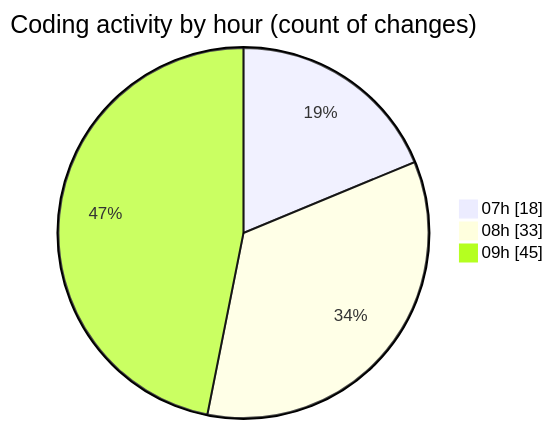
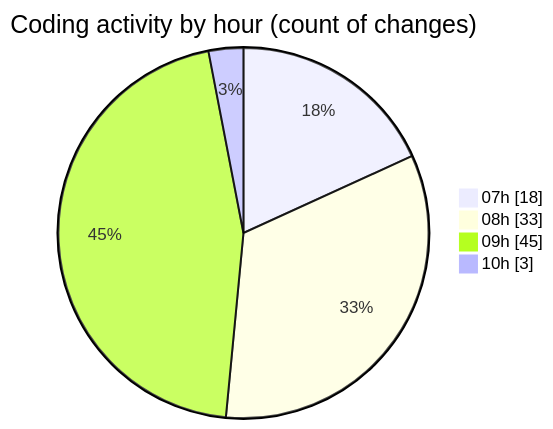
Before and after one commit to robertbonfada/code-tracking: the second of 2 diagrams in 2025-02-03/mbc-web/README.md, drawn with Mermaid. The commit also changed other lines of this file and 1 other file, not shown here.

````diff
--- a/2025-02-03/mbc-web/README.md
+++ b/2025-02-03/mbc-web/README.md
@@ -44,7 +44,8 @@
 ```mermaid
 pie showData
 title Coding activity by hour (count of changes)
 "07h" : 18
 "08h" : 33
 "09h" : 45
+"10h" : 3
 ```
````
